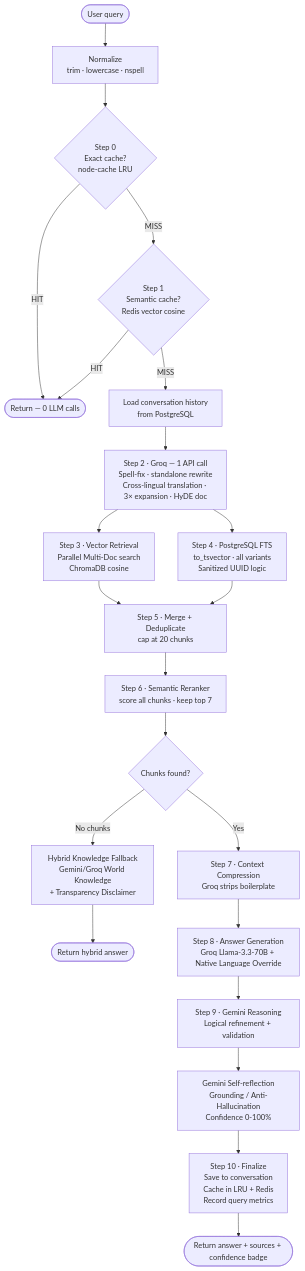
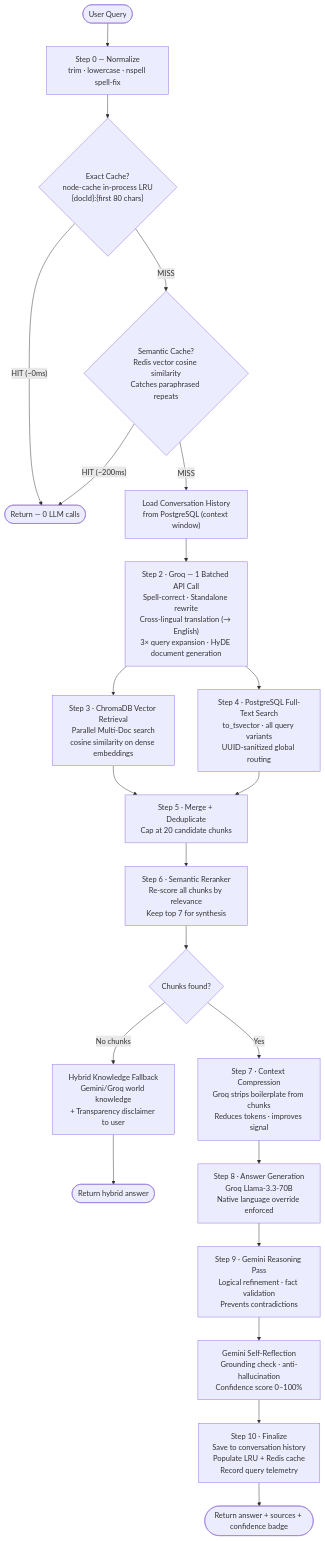
The second of 6 diagrams in README.md (rajakumar123-commit/nexasense-ai-assistant), drawn with Mermaid before and after one commit. The commit also changed other lines of this file, not shown here.

````diff
--- a/README.md
+++ b/README.md
@@ -259,31 +275,31 @@
 ```mermaid
 flowchart TD
-    A([User query]) --> B["Normalize\ntrim · lowercase · nspell"]
+    A([User Query]) --> B["Step 0 — Normalize\ntrim · lowercase · nspell spell-fix"]
 
-    B --> C{"Step 0\nExact cache?\nnode-cache LRU"}
-    C -- HIT --> ZERO(["Return — 0 LLM calls"])
-    C -- MISS --> D{"Step 1\nSemantic cache?\nRedis vector cosine"}
-    D -- HIT --> ZERO
+    B --> C{"Exact Cache?\nnode-cache in-process LRU\n{docId}:{first 80 chars}"}
+    C -- "HIT (~0ms)" --> ZERO(["Return — 0 LLM calls"])
+    C -- MISS --> D{"Semantic Cache?\nRedis vector cosine similarity\nCatches paraphrased repeats"}
+    D -- "HIT (~200ms)" --> ZERO
 
-    D -- MISS --> E["Load conversation history\nfrom PostgreSQL"]
-    E --> F["Step 2 · Groq — 1 API call\nSpell-fix · standalone rewrite\nCross-lingual translation · 3× expansion · HyDE doc"]
+    D -- MISS --> E["Load Conversation History\nfrom PostgreSQL (context window)"]
+    E --> F["Step 2 · Groq — 1 Batched API Call\nSpell-correct · Standalone rewrite\nCross-lingual translation (→ English)\n3× query expansion · HyDE document generation"]
 
-    F --> G["Step 3 · Vector Retrieval\nParallel Multi-Doc search\nChromaDB cosine"]
-    F --> H["Step 4 · PostgreSQL FTS\nto_tsvector · all variants\nSanitized UUID logic"]
+    F --> G["Step 3 · ChromaDB Vector Retrieval\nParallel Multi-Doc search\ncosine similarity on dense embeddings"]
+    F --> H["Step 4 · PostgreSQL Full-Text Search\nto_tsvector · all query variants\nUUID-sanitized global routing"]
 
-    G --> I["Step 5 · Merge + Deduplicate\ncap at 20 chunks"]
+    G --> I["Step 5 · Merge + Deduplicate\nCap at 20 candidate chunks"]
     H --> I
 
-    I --> J["Step 6 · Semantic Reranker\nscore all chunks · keep top 7"]
+    I --> J["Step 6 · Semantic Reranker\nRe-score all chunks by relevance\nKeep top 7 for synthesis"]
     J --> K{"Chunks found?"}
 
-    K -- "No chunks" --> L["Hybrid Knowledge Fallback\nGemini/Groq World Knowledge\n+ Transparency Disclaimer"]
+    K -- "No chunks" --> L["Hybrid Knowledge Fallback\nGemini/Groq world knowledge\n+ Transparency disclaimer to user"]
     L --> OUT2(["Return hybrid answer"])
 
-    K -- "Yes" --> M["Step 7 · Context Compression\nGroq strips boilerplate"]
-    M --> N["Step 8 · Answer Generation\nGroq Llama-3.3-70B + Native Language Override"]
-    N --> O["Step 9 · Gemini Reasoning\nLogical refinement + validation"]
-    O --> P["Gemini Self-reflection\nGrounding / Anti-Hallucination\nConfidence 0-100%"]
-    P --> Q["Step 10 · Finalize\nSave to conversation\nCache in LRU + Redis\nRecord query metrics"]
+    K -- "Yes" --> M["Step 7 · Context Compression\nGroq strips boilerplate from chunks\nReduces tokens · improves signal"]
+    M --> N["Step 8 · Answer Generation\nGroq Llama-3.3-70B\nNative language override enforced"]
+    N --> O["Step 9 · Gemini Reasoning Pass\nLogical refinement · fact validation\nPrevents contradictions"]
+    O --> P["Gemini Self-Reflection\nGrounding check · anti-hallucination\nConfidence score 0–100%"]
+    P --> Q["Step 10 · Finalize\nSave to conversation history\nPopulate LRU + Redis cache\nRecord query telemetry"]
     Q --> OUT(["Return answer + sources + confidence badge"])
 ```
````
